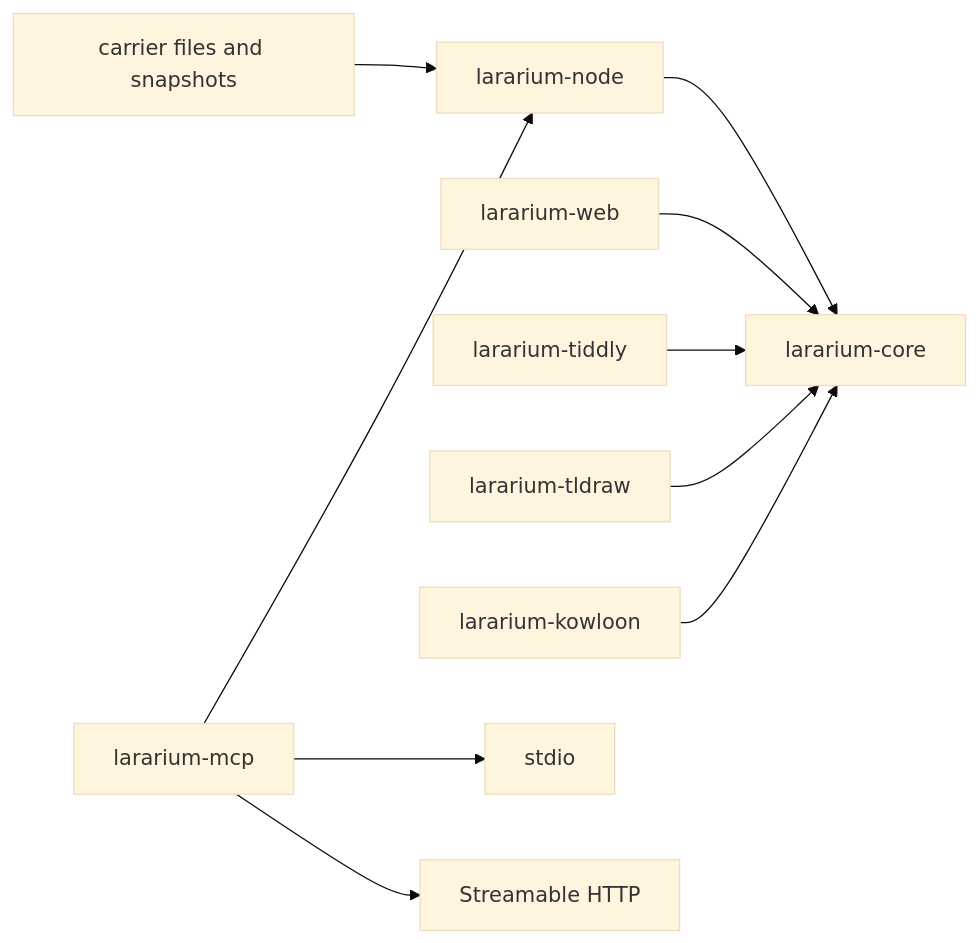
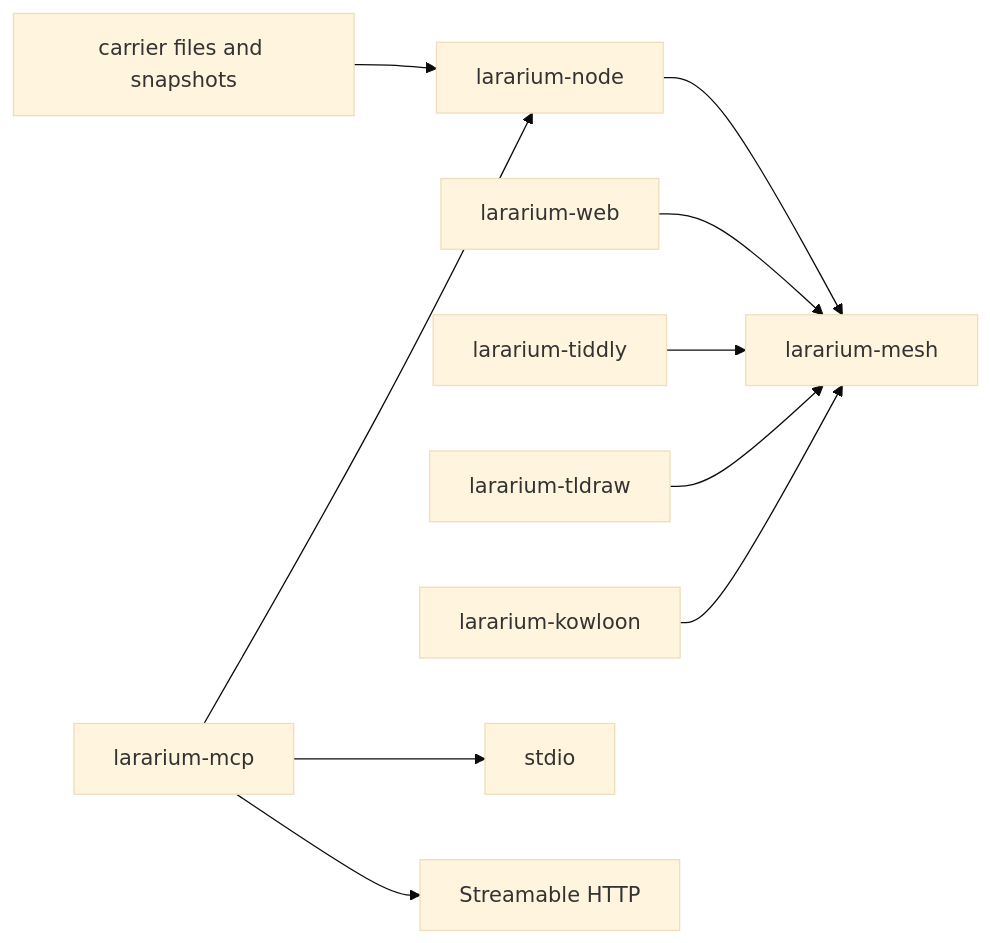
Before and after one commit to amorphous-dreams/Synthetic-Dream-Machine: the first of 2 diagrams in wikis/@lares-history/lararium-research/ROADMAP.md, drawn with Mermaid (base theme). The commit also changed other lines of this file and 25 other files, not shown here.

First line of the commit message:
Refactor package structure from @lararium/core to @lararium/mesh

````diff
--- a/wikis/@lares-history/lararium-research/ROADMAP.md
+++ b/wikis/@lares-history/lararium-research/ROADMAP.md
@@ -942,12 +942,12 @@
 ```mermaid
 flowchart LR
     A[carrier files and snapshots] --> B[lararium-node]
-    B --> C[lararium-core]
+    B --> C[lararium-mesh]
     D[lararium-web] --> C
     E[lararium-mcp] --> B
     F[lararium-tiddly] --> C
     G[lararium-tldraw] --> C
     H[lararium-kowloon] --> C
     E --> I[stdio]
     E --> J[Streamable HTTP]
 ```
````
